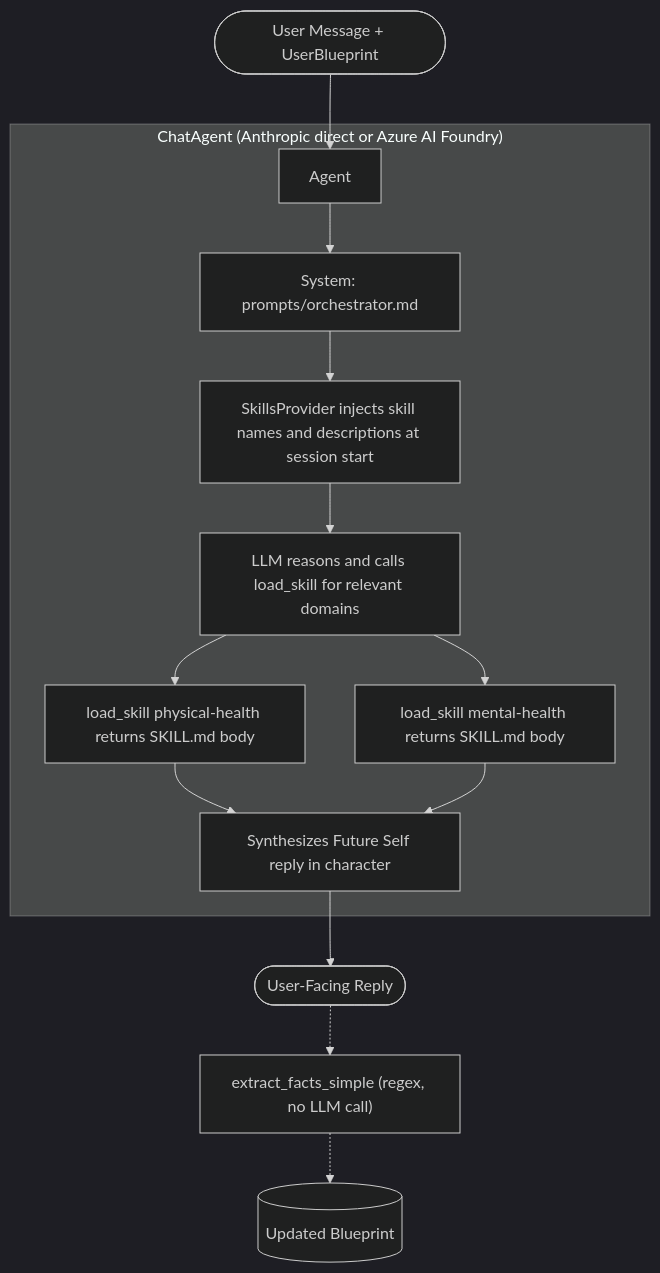
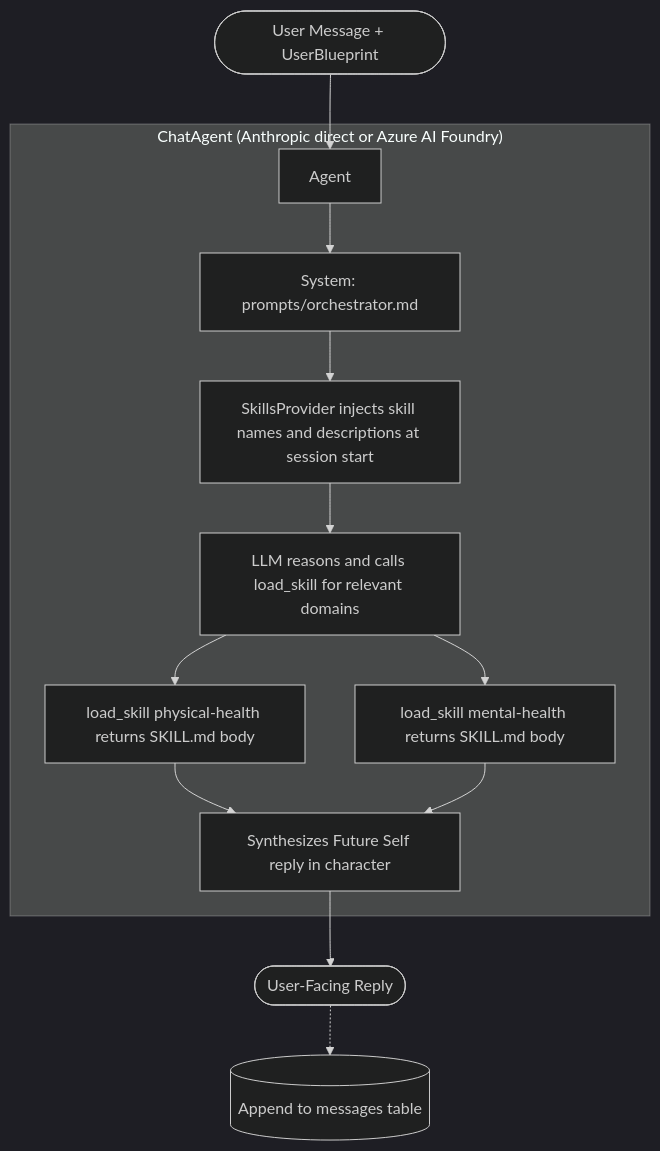
The diagram in futureself-spec.md (scopeta/futureself), drawn with Mermaid (dark theme) before and after one commit. The commit also changed other lines of this file and 22 other files, not shown here.

````diff
--- a/futureself-spec.md
+++ b/futureself-spec.md
@@ -29,23 +29,22 @@
 ```mermaid
 flowchart TD
     User(["User Message + UserBlueprint"]) --> AgentNode
 
     subgraph AgentBox["ChatAgent (Anthropic direct or Azure AI Foundry)"]
         AgentNode["Agent"]
         System["System: prompts/orchestrator.md"]
         Skills["SkillsProvider injects skill names and descriptions at session start"]
         Reason["LLM reasons and calls load_skill for relevant domains"]
         Skill1["load_skill physical-health returns SKILL.md body"]
         Skill2["load_skill mental-health returns SKILL.md body"]
         Synthesize["Synthesizes Future Self reply in character"]
         AgentNode --> System --> Skills --> Reason
         Reason --> Skill1
         Reason --> Skill2
         Skill1 --> Synthesize
         Skill2 --> Synthesize
     end
 
     Synthesize --> Reply(["User-Facing Reply"])
-    Reply -.-> Facts["extract_facts_simple (regex, no LLM call)"]
-    Facts -.-> Blueprint[("Updated Blueprint")]
+    Reply -.-> Messages[("Append to messages table")]
 ```
````
